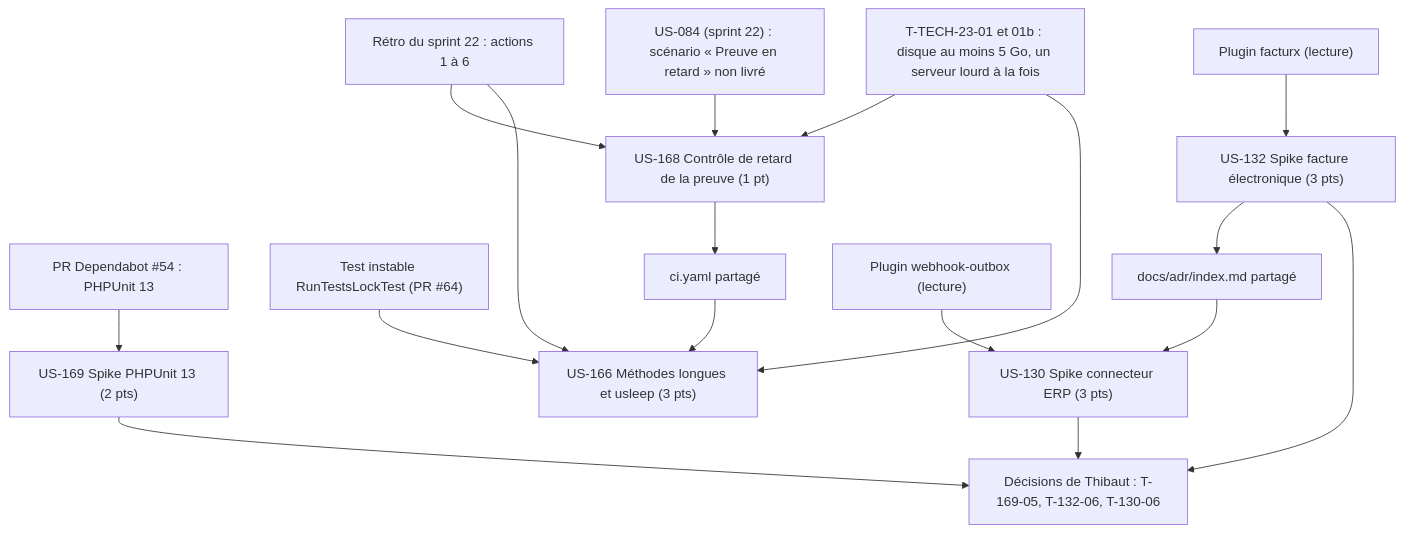
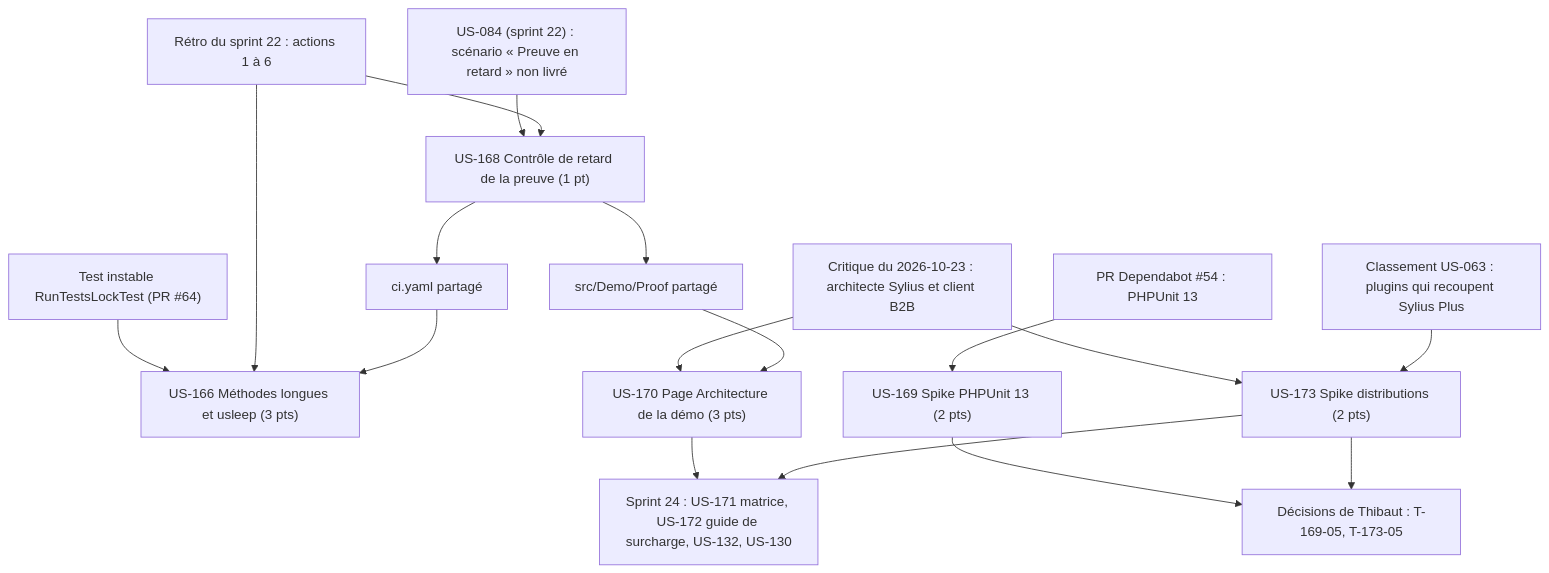
One commit to thibmonier/sylius-b2b-demo changed the diagram in project-management/sprints/sprint-23-garde-fous/sprint-dependencies.md. Above: the diagram before and after it, drawn with Mermaid. The commit also changed other lines of this file and 17 other files, not shown here.

First line of the commit message:
docs(sprint-23): page d'architecture et spike des distributions (#70)

````diff
--- a/project-management/sprints/sprint-23-garde-fous/sprint-dependencies.md
+++ b/project-management/sprints/sprint-23-garde-fous/sprint-dependencies.md
@@ -5,35 +5,35 @@
 ```mermaid
 graph TD
     RETRO["Rétro du sprint 22 : actions 1 à 6"]
+    CRIT["Critique du 2026-10-23 : architecte Sylius et client B2B"]
     US084["US-084 (sprint 22) : scénario « Preuve en retard » non livré"]
     PR54["PR Dependabot #54 : PHPUnit 13"]
     FLAKY["Test instable RunTestsLockTest (PR #64)"]
-    DISK["T-TECH-23-01 et 01b : disque au moins 5 Go, un serveur lourd à la fois"]
+    CLASS["Classement US-063 : plugins qui recoupent Sylius Plus"]
     US168["US-168 Contrôle de retard de la preuve (1 pt)"]
     US166["US-166 Méthodes longues et usleep (3 pts)"]
     US169["US-169 Spike PHPUnit 13 (2 pts)"]
-    US132["US-132 Spike facture électronique (3 pts)"]
-    US130["US-130 Spike connecteur ERP (3 pts)"]
+    US170["US-170 Page Architecture de la démo (3 pts)"]
+    US173["US-173 Spike distributions (2 pts)"]
     CI["ci.yaml partagé"]
-    ADR["docs/adr/index.md partagé"]
-    FACTURX["Plugin facturx (lecture)"]
-    OUTBOX["Plugin webhook-outbox (lecture)"]
-    DEC["Décisions de Thibaut : T-169-05, T-132-06, T-130-06"]
+    PROOF["src/Demo/Proof partagé"]
+    S24["Sprint 24 : US-171 matrice, US-172 guide de surcharge, US-132, US-130"]
+    DEC["Décisions de Thibaut : T-169-05, T-173-05"]
 
     US084 --> US168
     FLAKY --> US166
     PR54 --> US169
     RETRO --> US168
     RETRO --> US166
-    DISK --> US168
-    DISK --> US166
+    CRIT --> US170
+    CRIT --> US173
+    CLASS --> US173
     US168 --> CI
     CI --> US166
-    FACTURX --> US132
-    OUTBOX --> US130
-    US132 --> ADR
-    ADR --> US130
+    US168 --> PROOF
+    PROOF --> US170
     US169 --> DEC
-    US132 --> DEC
-    US130 --> DEC
+    US173 --> DEC
+    US170 --> S24
+    US173 --> S24
 ```
````
